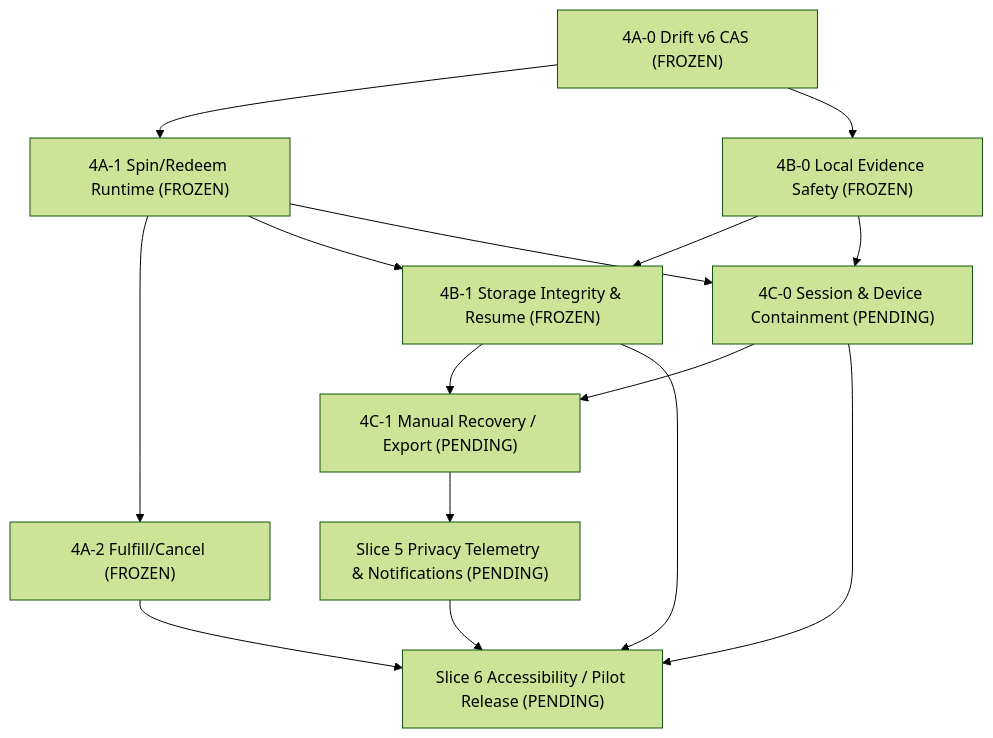
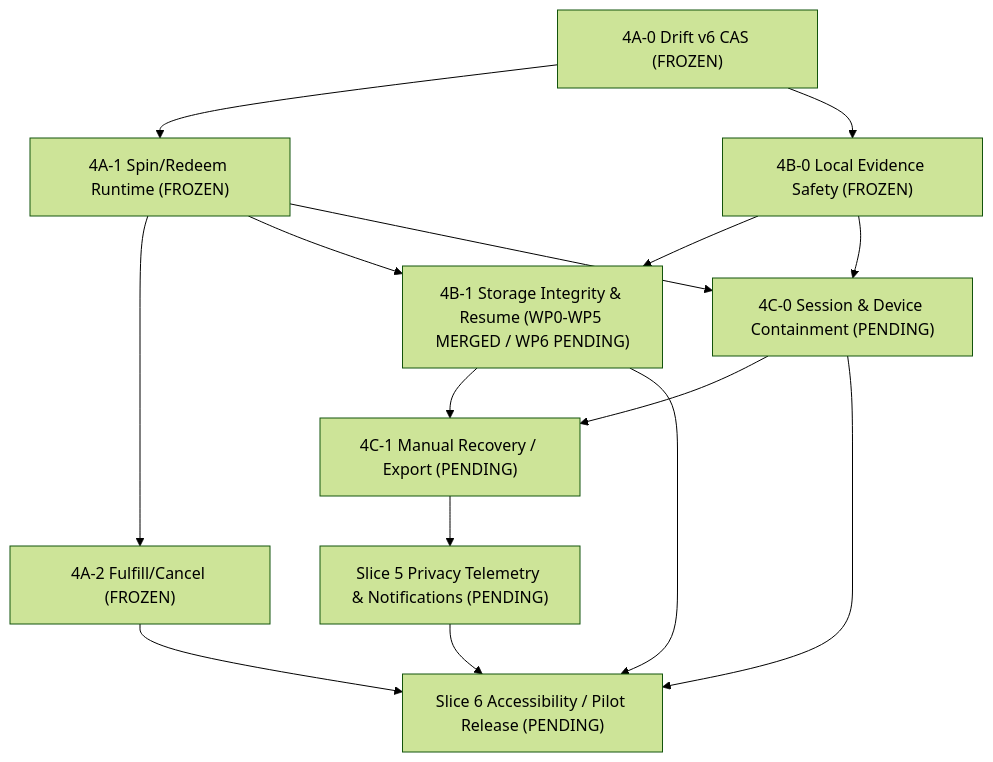
The diagram in docs/freezes/phase-6-slice-4b-1-evidence-resumability-freeze.md (thedusk4203/LearnWard), drawn with Mermaid (forest theme) before and after one commit. The commit also changed other lines of this file and 1 other file, not shown here.

````diff
--- a/docs/freezes/phase-6-slice-4b-1-evidence-resumability-freeze.md
+++ b/docs/freezes/phase-6-slice-4b-1-evidence-resumability-freeze.md
@@ -187,17 +190,17 @@
 ```mermaid
 flowchart TD
  A["4A-0 Drift v6 CAS (FROZEN)"] --> B["4A-1 Spin/Redeem Runtime (FROZEN)"]
  B --> C["4A-2 Fulfill/Cancel (FROZEN)"]
  A --> D["4B-0 Local Evidence Safety (FROZEN)"]
- D --> E["4B-1 Storage Integrity & Resume (FROZEN)"]
+ D --> E["4B-1 Storage Integrity & Resume (WP0-WP5 MERGED / WP6 PENDING)"]
  B --> E
  B --> F["4C-0 Session & Device Containment (PENDING)"]
  D --> F
  E --> G["4C-1 Manual Recovery / Export (PENDING)"]
  F --> G
  G --> H["Slice 5 Privacy Telemetry & Notifications (PENDING)"]
  H --> I["Slice 6 Accessibility / Pilot Release (PENDING)"]
  C --> I
  E --> I
  F --> I
 ```
````
